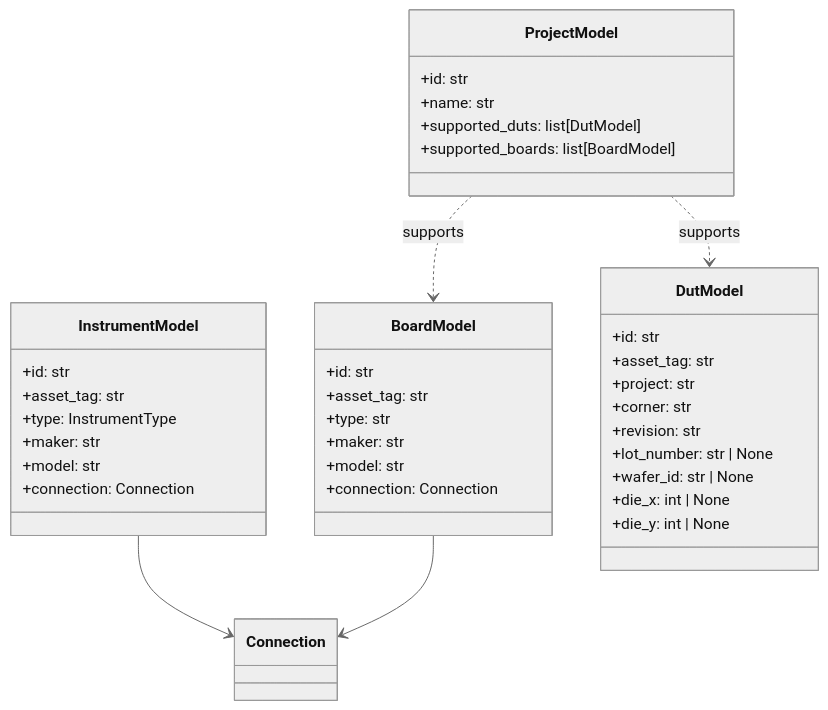
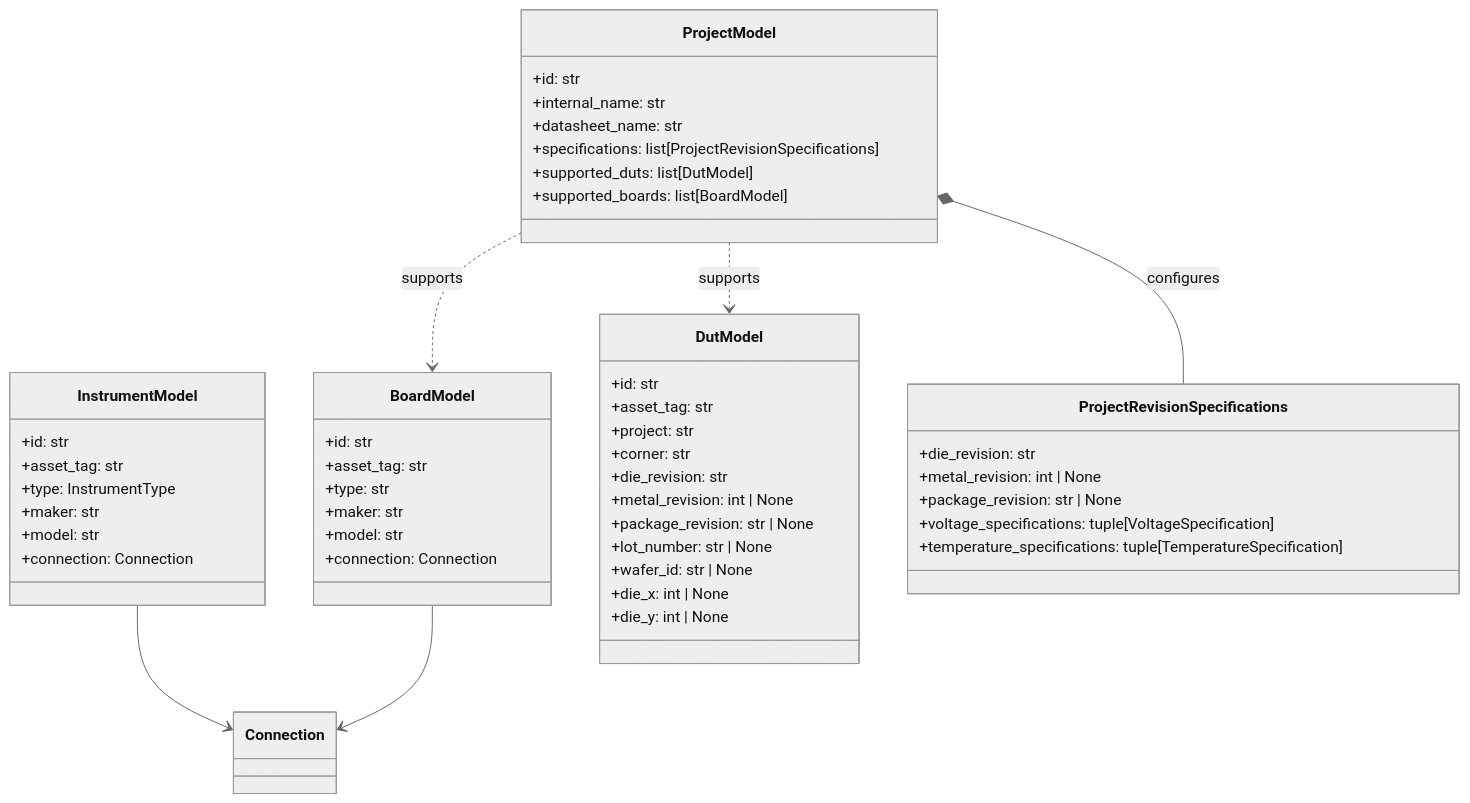
One commit to FabienMeyer/elims-instruments changed the first of 2 diagrams in docs/architecture/index.md. Above: the diagram before and after it, drawn with Mermaid (neutral theme). The commit also changed other lines of this file and 60 other files, not shown here.

````diff
--- a/docs/architecture/index.md
+++ b/docs/architecture/index.md
@@ -6,41 +6,53 @@
 ```mermaid
 classDiagram
     class InstrumentModel {
         +id: str
         +asset_tag: str
         +type: InstrumentType
         +maker: str
         +model: str
         +connection: Connection
     }
     class BoardModel {
         +id: str
         +asset_tag: str
         +type: str
         +maker: str
         +model: str
         +connection: Connection
     }
     class DutModel {
         +id: str
         +asset_tag: str
         +project: str
         +corner: str
-        +revision: str
+        +die_revision: str
+        +metal_revision: int | None
+        +package_revision: str | None
         +lot_number: str | None
         +wafer_id: str | None
         +die_x: int | None
         +die_y: int | None
     }
     class ProjectModel {
         +id: str
-        +name: str
+        +internal_name: str
+        +datasheet_name: str
+        +specifications: list[ProjectRevisionSpecifications]
         +supported_duts: list[DutModel]
         +supported_boards: list[BoardModel]
+    }
+    class ProjectRevisionSpecifications {
+        +die_revision: str
+        +metal_revision: int | None
+        +package_revision: str | None
+        +voltage_specifications: tuple[VoltageSpecification]
+        +temperature_specifications: tuple[TemperatureSpecification]
     }
 
     InstrumentModel --> Connection
     BoardModel --> Connection
+    ProjectModel *-- ProjectRevisionSpecifications : configures
     ProjectModel ..> DutModel : supports
     ProjectModel ..> BoardModel : supports
 ```
````
